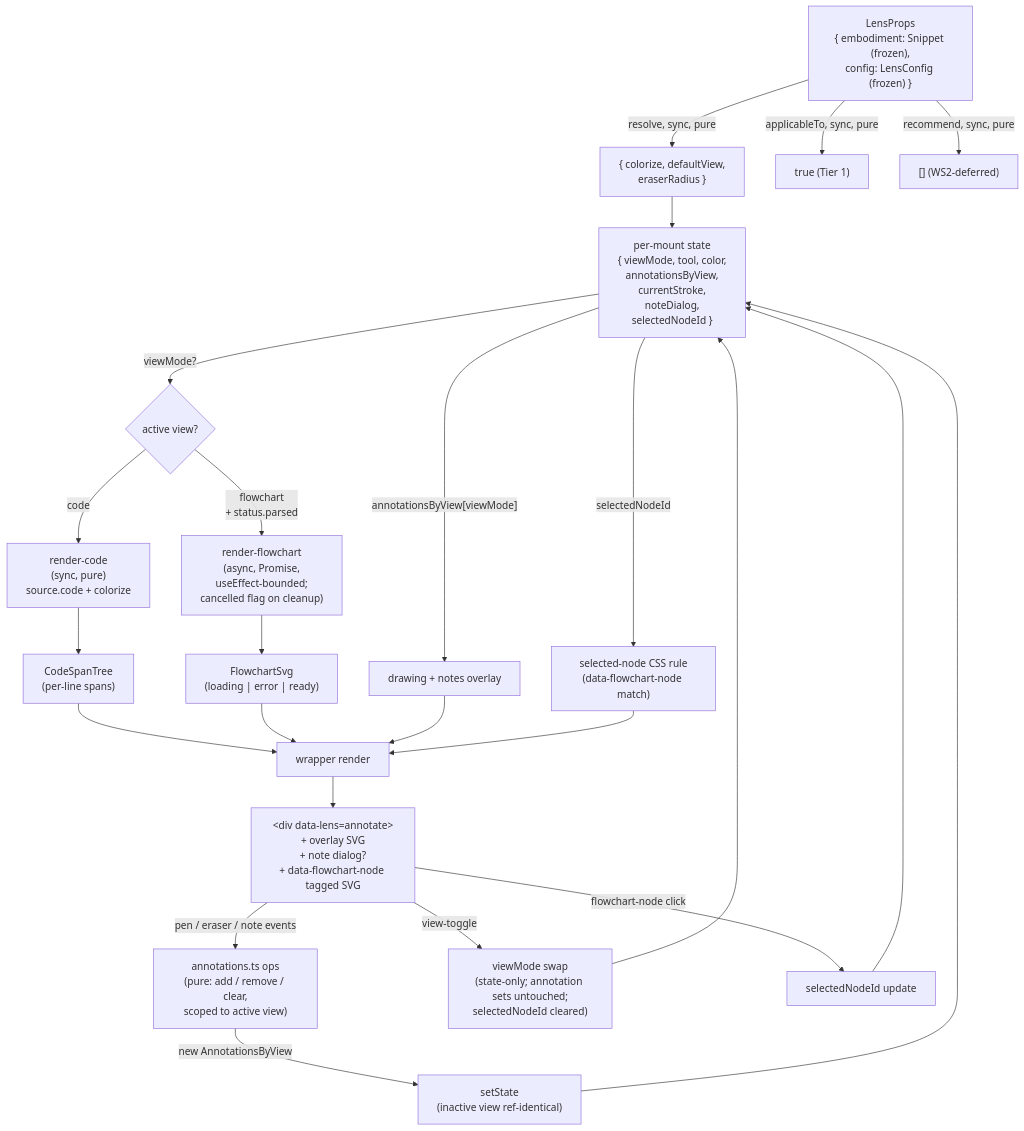
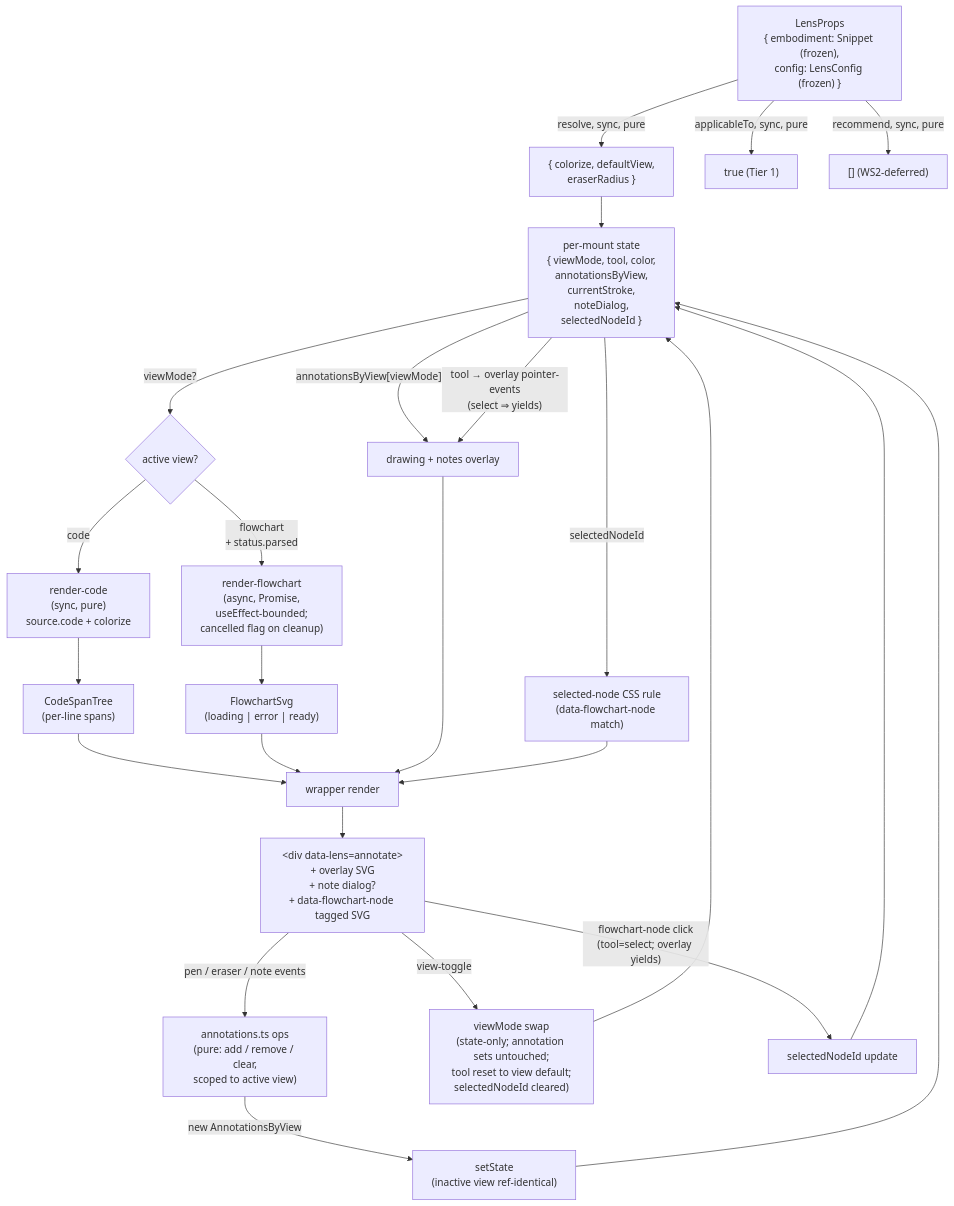
One commit to codeschoolinabox/curricula changed the diagram in src/lib/just-enough/javascript/lenses/annotate/DOCS.md. Above: the diagram before and after it, drawn with Mermaid. The commit also changed other lines of this file and 2 other files, not shown here.

First line of the commit message:
docs: add select tool, per-view default, and parse-gate to annotate contract

````diff
--- a/src/lib/just-enough/javascript/lenses/annotate/DOCS.md
+++ b/src/lib/just-enough/javascript/lenses/annotate/DOCS.md
@@ -116,36 +129,37 @@
 ```mermaid
 flowchart TD
     Props["LensProps<br/>{ embodiment: Snippet (frozen),<br/>config: LensConfig (frozen) }"]
 
     Props -->|"resolve, sync, pure"| ResolvedConfig["{ colorize, defaultView,<br/>eraserRadius }"]
     Props -->|"applicableTo, sync, pure"| Gate["true (Tier 1)"]
     Props -->|"recommend, sync, pure"| Recs["[] (WS2-deferred)"]
 
     ResolvedConfig --> State["per-mount state<br/>{ viewMode, tool, color,<br/>annotationsByView,<br/>currentStroke,<br/>noteDialog,<br/>selectedNodeId }"]
 
     State -->|"viewMode?"| ViewDecision{active view?}
     ViewDecision -->|"code"| Code["render-code<br/>(sync, pure)<br/>source.code + colorize"]
     ViewDecision -->|"flowchart<br/>+ status.parsed"| Flow["render-flowchart<br/>(async, Promise,<br/>useEffect-bounded;<br/>cancelled flag on cleanup)"]
 
     Code --> CodeTree["CodeSpanTree<br/>(per-line spans)"]
     Flow --> SvgState["FlowchartSvg<br/>(loading | error | ready)"]
 
     CodeTree --> Render["wrapper render"]
     SvgState --> Render
     State -->|"annotationsByView[viewMode]"| Overlay["drawing + notes overlay"]
+    State -->|"tool → overlay pointer-events<br/>(select ⇒ yields)"| Overlay
     State -->|"selectedNodeId"| Highlight["selected-node CSS rule<br/>(data-flowchart-node match)"]
     Overlay --> Render
     Highlight --> Render
 
     Render --> DOM["&lt;div data-lens=annotate&gt;<br/>+ overlay SVG<br/>+ note dialog?<br/>+ data-flowchart-node tagged SVG"]
 
     DOM -->|"pen / eraser / note events"| Annotations["annotations.ts ops<br/>(pure: add / remove / clear,<br/>scoped to active view)"]
     Annotations -->|"new AnnotationsByView"| Mutation["setState<br/>(inactive view ref-identical)"]
     Mutation --> State
 
-    DOM -->|"view-toggle"| ToggleIn["viewMode swap<br/>(state-only; annotation sets untouched;<br/>selectedNodeId cleared)"]
+    DOM -->|"view-toggle"| ToggleIn["viewMode swap<br/>(state-only; annotation sets untouched;<br/>tool reset to view default;<br/>selectedNodeId cleared)"]
     ToggleIn --> State
 
-    DOM -->|"flowchart-node click"| Select["selectedNodeId update"]
+    DOM -->|"flowchart-node click<br/>(tool=select; overlay yields)"| Select["selectedNodeId update"]
     Select --> State
 ```
````
